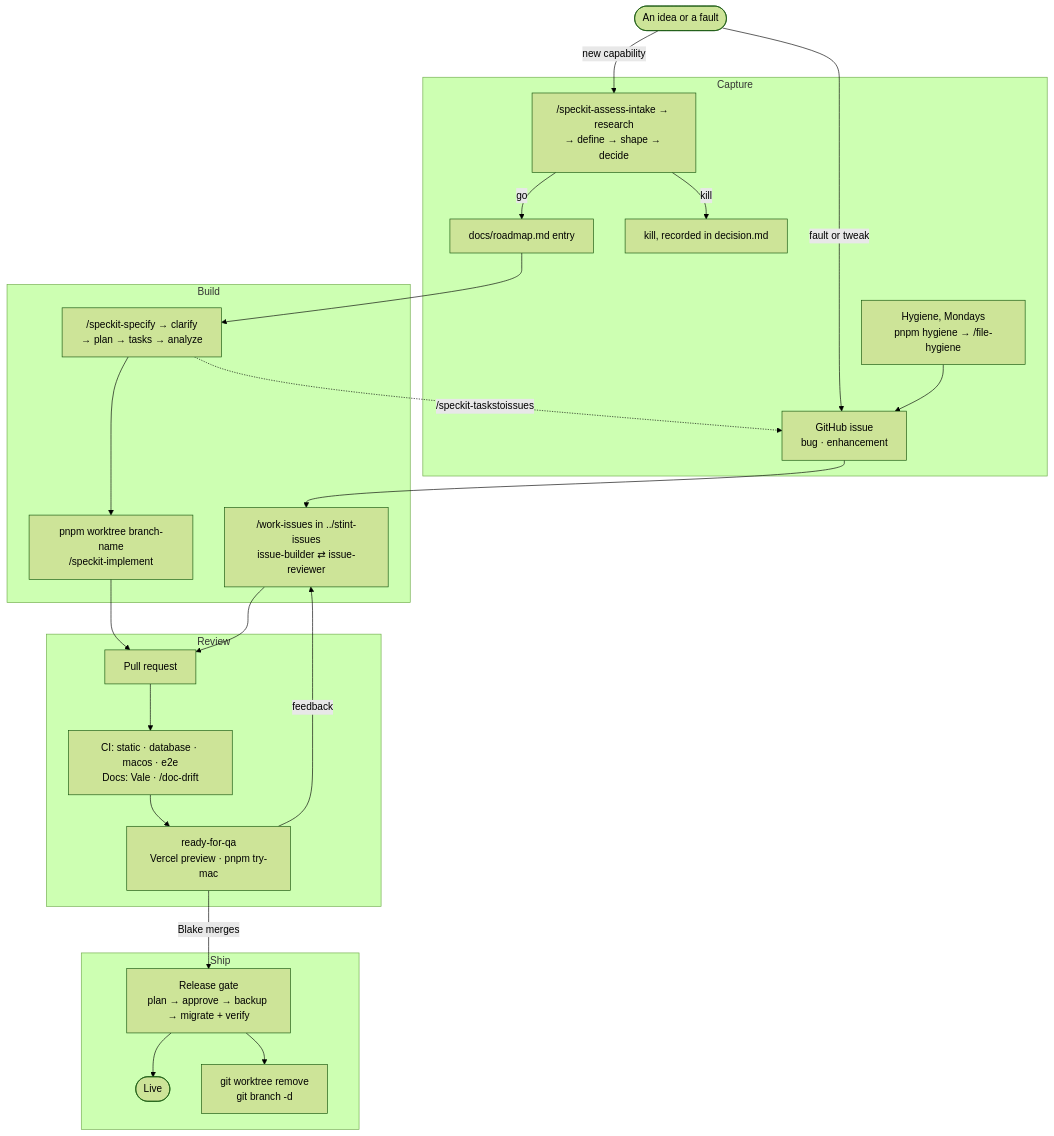
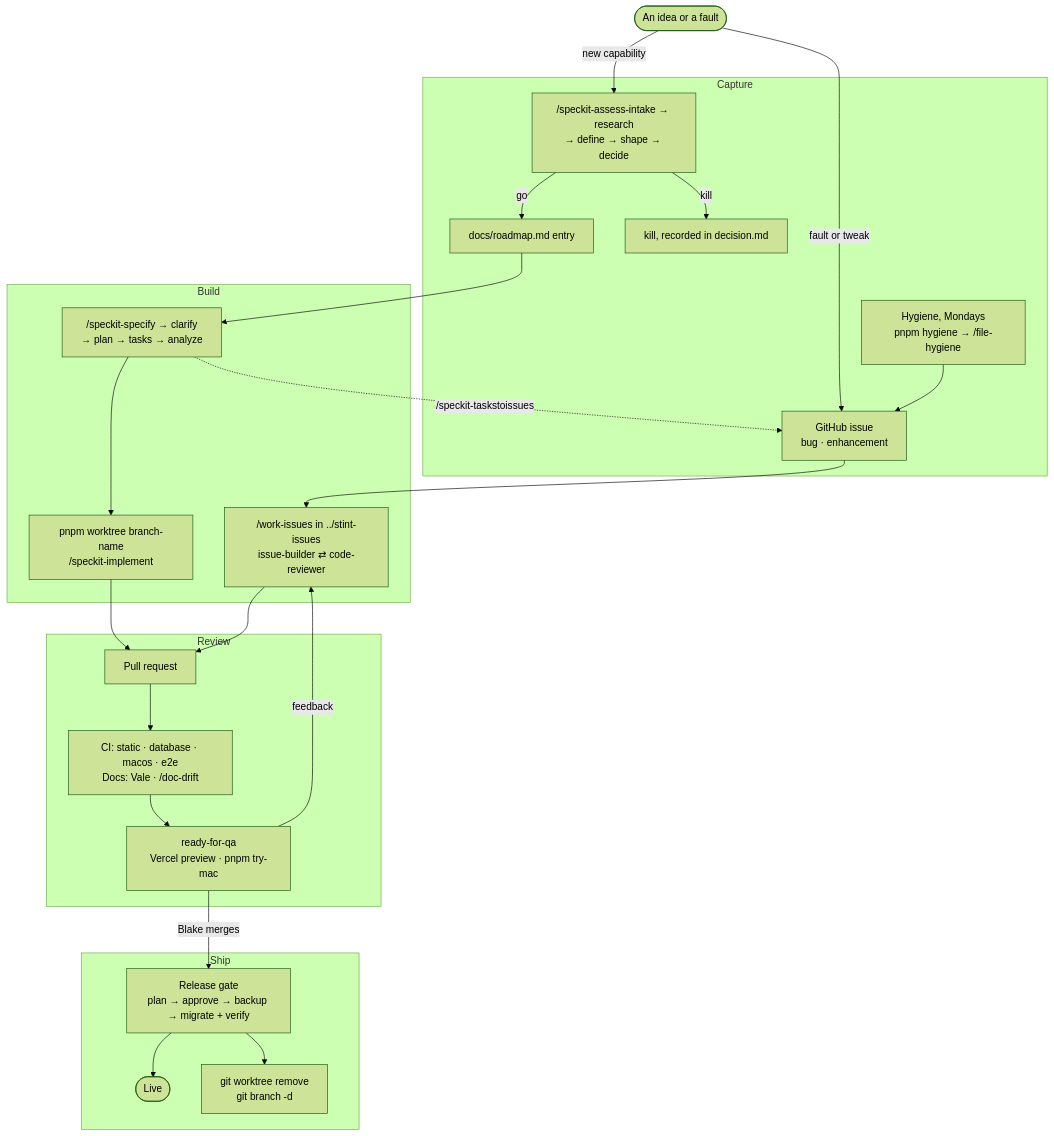
One commit to BlakeEriks/stint changed the diagram in docs/sdlc.md. Above: the diagram before and after it, drawn with Mermaid (forest theme). The commit also changed 9 other files, not shown here.

````diff
--- a/docs/sdlc.md
+++ b/docs/sdlc.md
@@ -6,47 +6,47 @@
 ```mermaid
 flowchart TD
   idea([An idea or a fault])
 
   subgraph Capture
     issue["GitHub issue<br/>bug · enhancement"]
     assess["/speckit-assess-intake → research<br/>→ define → shape → decide"]
     roadmap["docs/roadmap.md entry"]
     killed["kill, recorded in decision.md"]
     hygiene["Hygiene, Mondays<br/>pnpm hygiene → /file-hygiene"]
   end
 
   subgraph Build
     spec["/speckit-specify → clarify<br/>→ plan → tasks → analyze"]
     impl["pnpm worktree branch-name<br/>/speckit-implement"]
-    wi["/work-issues in ../stint-issues<br/>issue-builder ⇄ issue-reviewer"]
+    wi["/work-issues in ../stint-issues<br/>issue-builder ⇄ code-reviewer"]
   end
 
   subgraph Review
     pr["Pull request"]
     ci["CI: static · database · macos · e2e<br/>Docs: Vale · /doc-drift"]
     qa["ready-for-qa<br/>Vercel preview · pnpm try-mac"]
   end
 
   subgraph Ship
     release["Release gate<br/>plan → approve → backup → migrate + verify"]
     live([Live])
     cleanup["git worktree remove<br/>git branch -d"]
   end
 
   idea -->|fault or tweak| issue
   idea -->|new capability| assess
   assess -->|go| roadmap
   assess -->|kill| killed
   hygiene --> issue
   roadmap --> spec
   spec --> impl
   spec -.->|/speckit-taskstoissues| issue
   issue --> wi
   impl --> pr
   wi --> pr
   pr --> ci --> qa
   qa -->|feedback| wi
   qa -->|Blake merges| release
   release --> live
   release --> cleanup
 ```
````
